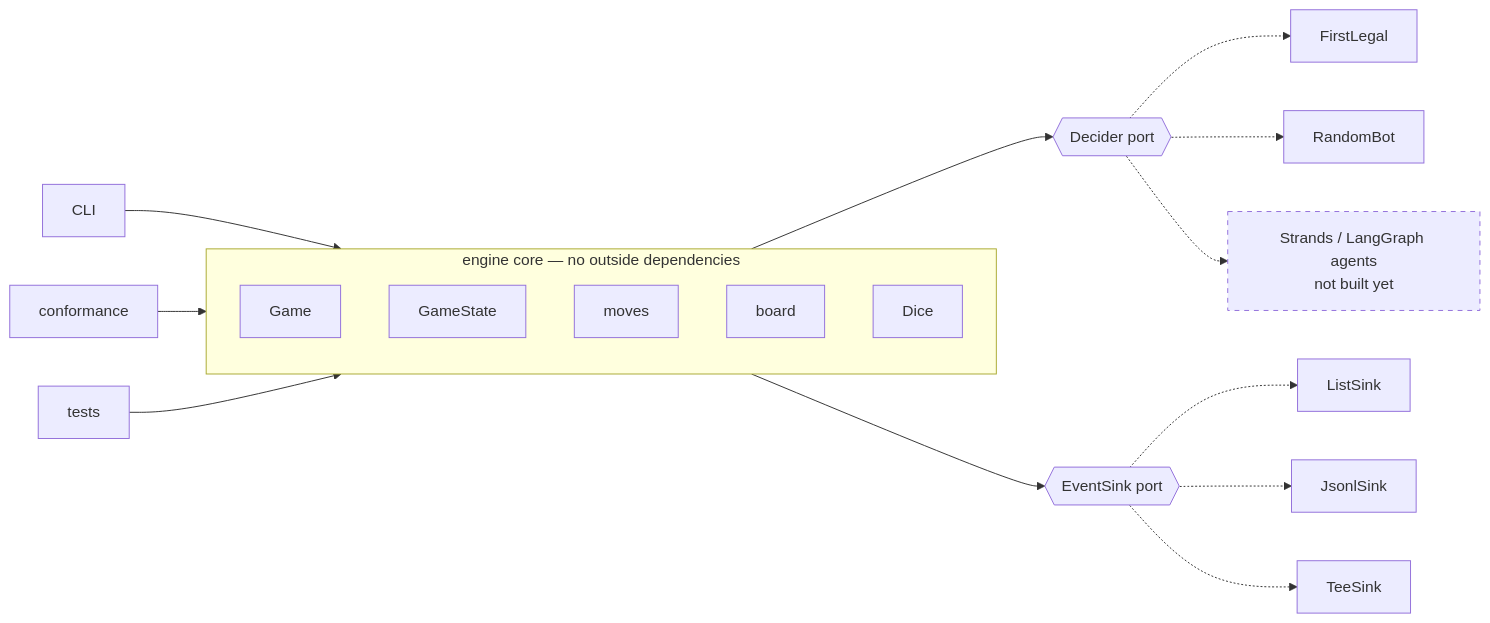
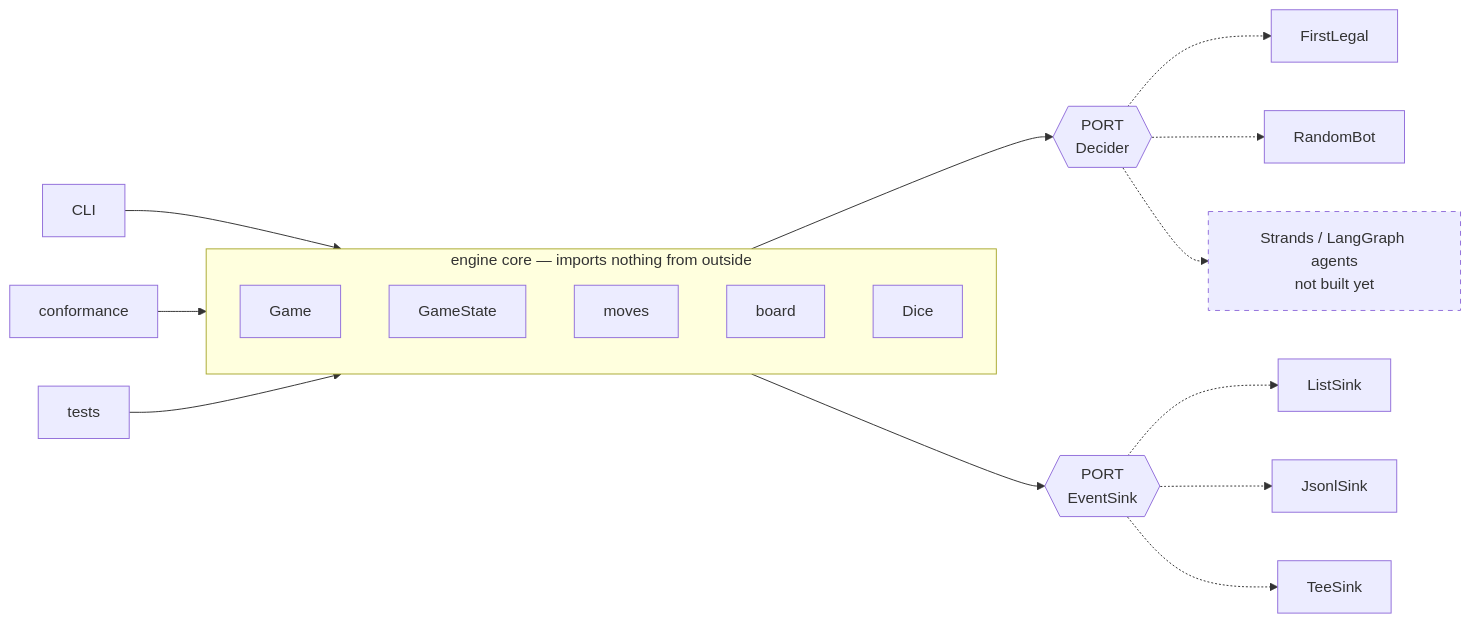
The tenth of 10 diagrams in docs/projects/ludo/class-design.md (itamittech/llmeval), drawn with Mermaid before and after one commit. The commit also changed other lines of this file and 6 other files, not shown here.

````diff
--- a/docs/projects/ludo/class-design.md
+++ b/docs/projects/ludo/class-design.md
@@ -495,42 +688,42 @@
 ```mermaid
 flowchart LR
     cli[CLI]
     conf[conformance]
     tests[tests]
 
-    subgraph core["engine core — no outside dependencies"]
+    subgraph core["engine core — imports nothing from outside"]
         direction TB
         game[Game]
         state[GameState]
         moves[moves]
         board[board]
         dice[Dice]
     end
 
-    dport{{Decider port}}
-    eport{{EventSink port}}
+    dport{{"PORT<br/>Decider"}}
+    eport{{"PORT<br/>EventSink"}}
 
     fl[FirstLegal]
     rb[RandomBot]
-    agents[Strands / LangGraph agents<br/>not built yet]
+    agents["Strands / LangGraph agents<br/>not built yet"]
 
     ls[ListSink]
     js[JsonlSink]
     ts[TeeSink]
 
     cli --> game
     conf --> game
     tests --> game
 
     game --> dport
     game --> eport
 
     dport -.-> fl
     dport -.-> rb
     dport -.-> agents
     eport -.-> ls
     eport -.-> js
     eport -.-> ts
 
     style agents stroke-dasharray: 5 5
 ```
````
